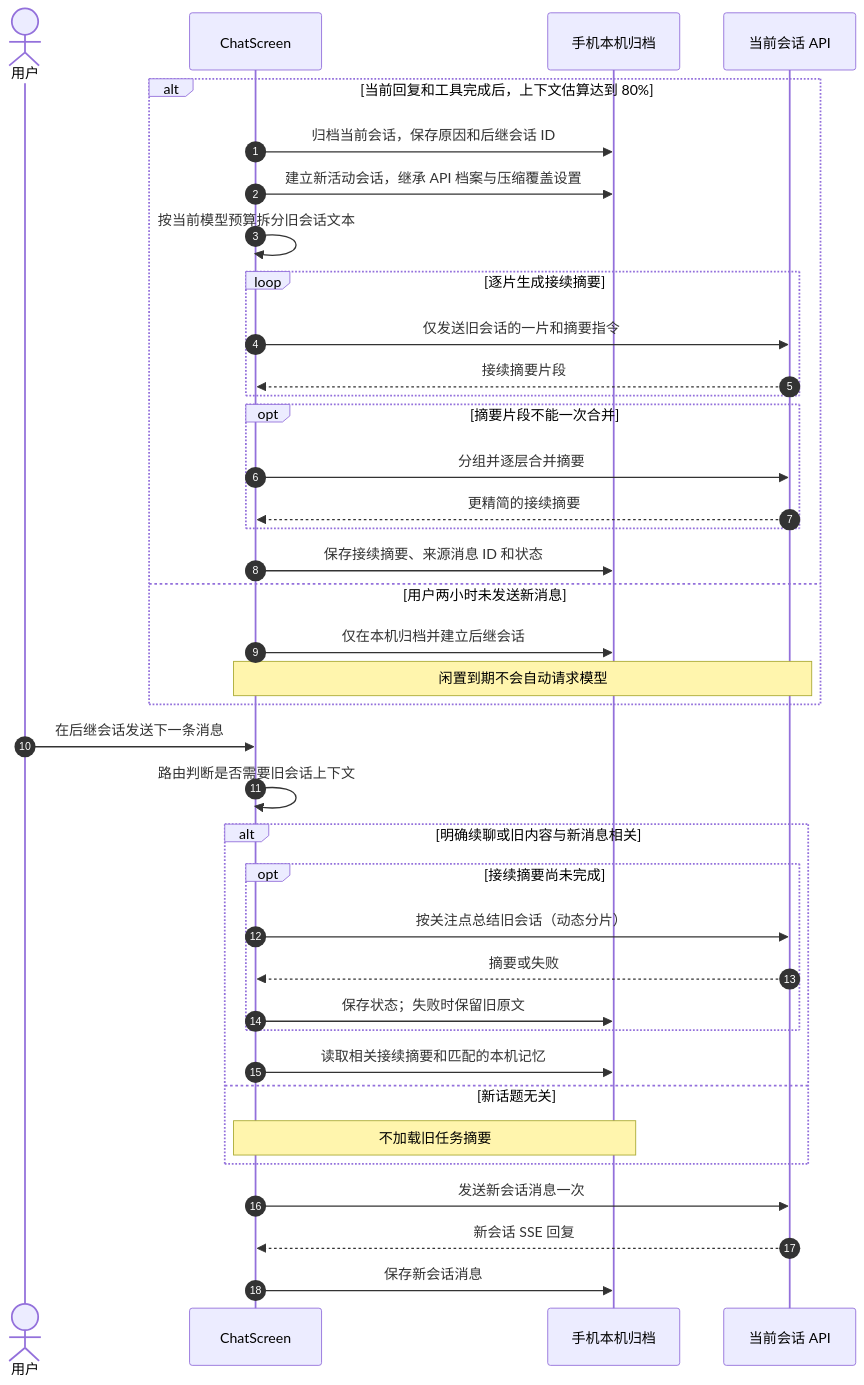
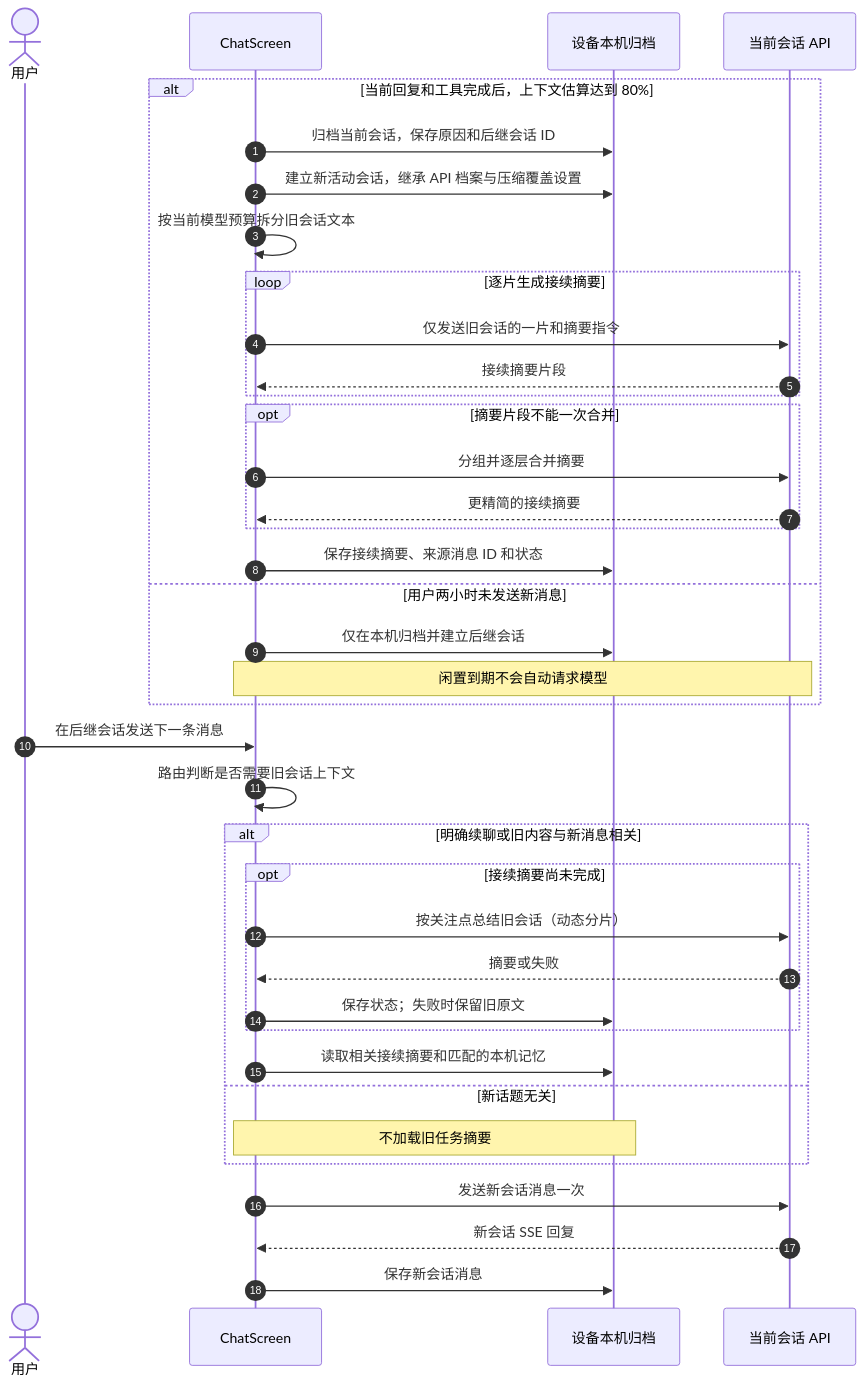
Before and after one commit to SymbioticUniverse/Cwhale-: the fourth of 5 diagrams in README.md, drawn with Mermaid. The commit also changed other lines of this file and 40 other files, not shown here.

````diff
--- a/README.md
+++ b/README.md
@@ -159,41 +146,41 @@
 ```mermaid
 sequenceDiagram
   autonumber
   actor U as 用户
   participant UI as ChatScreen
-  participant Store as 手机本机归档
+  participant Store as 设备本机归档
   participant API as 当前会话 API
 
   alt 当前回复和工具完成后，上下文估算达到 80%
     UI->>Store: 归档当前会话，保存原因和后继会话 ID
     UI->>Store: 建立新活动会话，继承 API 档案与压缩覆盖设置
     UI->>UI: 按当前模型预算拆分旧会话文本
     loop 逐片生成接续摘要
       UI->>API: 仅发送旧会话的一片和摘要指令
       API-->>UI: 接续摘要片段
     end
     opt 摘要片段不能一次合并
       UI->>API: 分组并逐层合并摘要
       API-->>UI: 更精简的接续摘要
     end
     UI->>Store: 保存接续摘要、来源消息 ID 和状态
   else 用户两小时未发送新消息
     UI->>Store: 仅在本机归档并建立后继会话
     Note over UI,API: 闲置到期不会自动请求模型
   end
   U->>UI: 在后继会话发送下一条消息
   UI->>UI: 路由判断是否需要旧会话上下文
   alt 明确续聊或旧内容与新消息相关
     opt 接续摘要尚未完成
       UI->>API: 按关注点总结旧会话（动态分片）
       API-->>UI: 摘要或失败
       UI->>Store: 保存状态；失败时保留旧原文
     end
     UI->>Store: 读取相关接续摘要和匹配的本机记忆
   else 新话题无关
     Note over UI,Store: 不加载旧任务摘要
   end
   UI->>API: 发送新会话消息一次
   API-->>UI: 新会话 SSE 回复
   UI->>Store: 保存新会话消息
 ```
````
